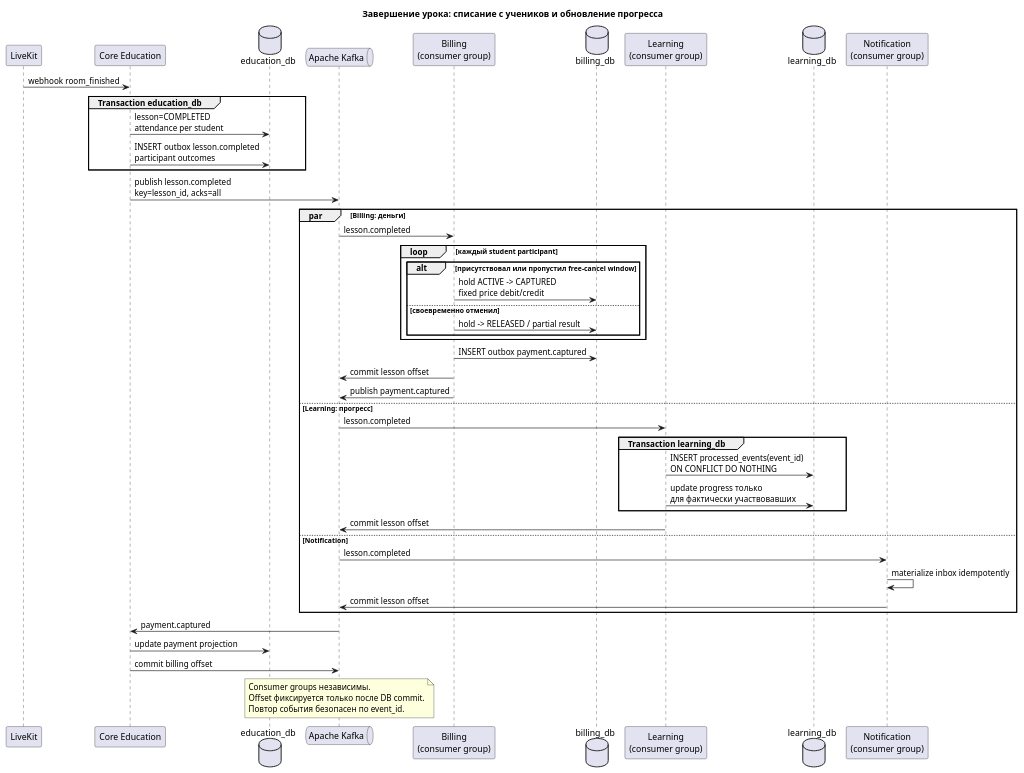
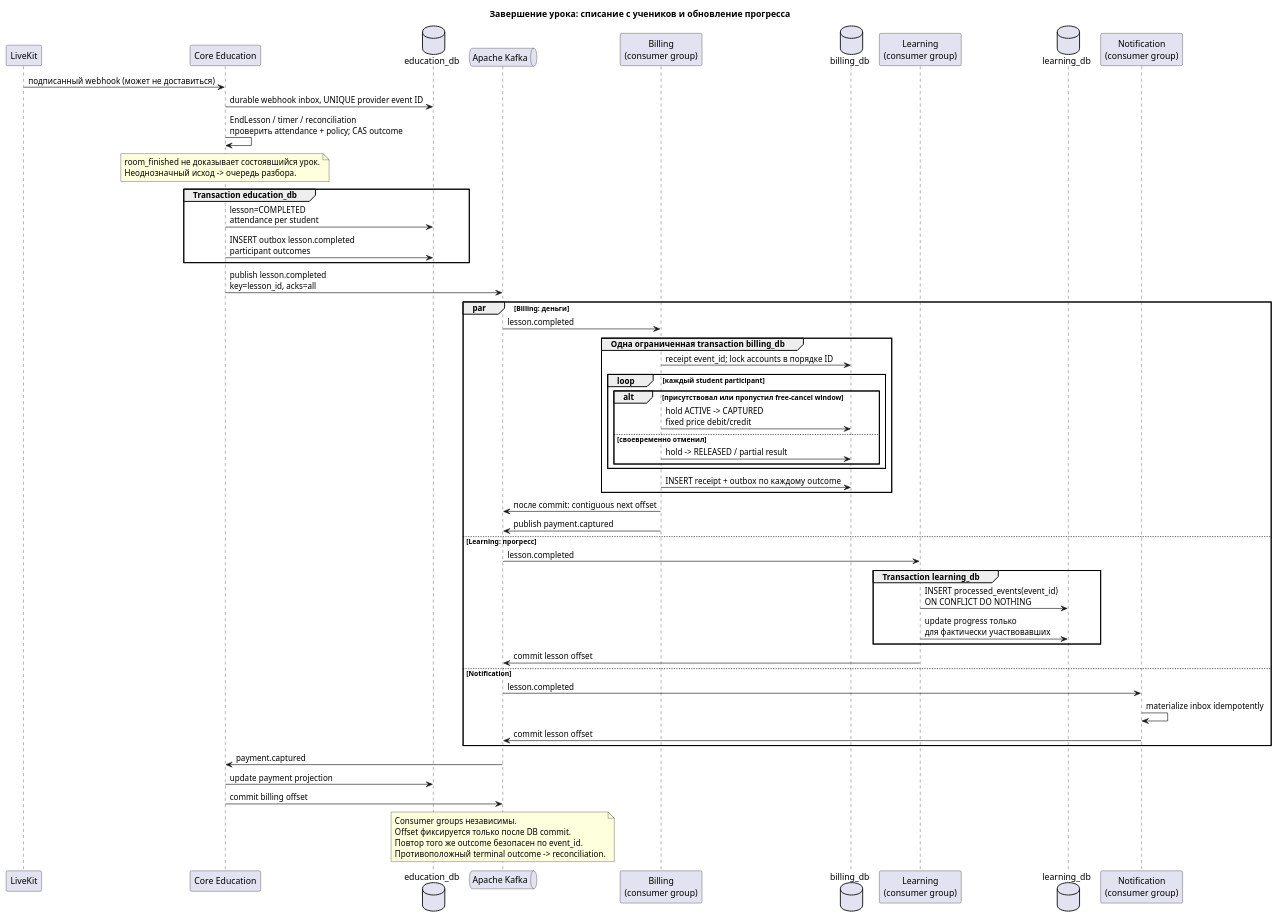
Before and after one commit to trajectory-platform/architeture: the diagram in Системный анализ/diagrams/sequence/lesson-completed-billing.puml, drawn with PlantUML. The commit also changed 65 other files, not shown here.

```diff
--- a/Системный анализ/diagrams/sequence/lesson-completed-billing.puml
+++ b/Системный анализ/diagrams/sequence/lesson-completed-billing.puml
@@ -1,55 +1,65 @@
 @startuml lesson-completed-billing
 title Завершение урока: списание с учеников и обновление прогресса
 
 participant "LiveKit" as lk
 participant "Core Education" as core
 database "education_db" as edb
 queue "Apache Kafka" as kafka
 participant "Billing\n(consumer group)" as billing
 database "billing_db" as bdb
 participant "Learning\n(consumer group)" as learning
 database "learning_db" as ldb
 participant "Notification\n(consumer group)" as notification
 
-lk -> core: webhook room_finished
+lk -> core: подписанный webhook (может не доставиться)
+core -> edb: durable webhook inbox, UNIQUE provider event ID
+core -> core: EndLesson / timer / reconciliation\nпроверить attendance + policy; CAS outcome
+note over core
+  room_finished не доказывает состоявшийся урок.
+  Неоднозначный исход -> очередь разбора.
+end note
 group Transaction education_db
   core -> edb: lesson=COMPLETED\nattendance per student
   core -> edb: INSERT outbox lesson.completed\nparticipant outcomes
 end
 core -> kafka: publish lesson.completed\nkey=lesson_id, acks=all
 
 par Billing: деньги
   kafka -> billing: lesson.completed
+  group Одна ограниченная transaction billing_db
+  billing -> bdb: receipt event_id; lock accounts в порядке ID
   loop каждый student participant
     alt присутствовал или пропустил free-cancel window
       billing -> bdb: hold ACTIVE -> CAPTURED\nfixed price debit/credit
     else своевременно отменил
       billing -> bdb: hold -> RELEASED / partial result
     end
   end
-  billing -> bdb: INSERT outbox payment.captured
-  billing -> kafka: commit lesson offset
+  billing -> bdb: INSERT receipt + outbox по каждому outcome
+  end
+  billing -> kafka: после commit: contiguous next offset
   billing -> kafka: publish payment.captured
 else Learning: прогресс
   kafka -> learning: lesson.completed
   group Transaction learning_db
     learning -> ldb: INSERT processed_events(event_id)\nON CONFLICT DO NOTHING
     learning -> ldb: update progress только\nдля фактически участвовавших
   end
   learning -> kafka: commit lesson offset
 else Notification
   kafka -> notification: lesson.completed
   notification -> notification: materialize inbox idempotently
   notification -> kafka: commit lesson offset
 end
 
 kafka -> core: payment.captured
 core -> edb: update payment projection
 core -> kafka: commit billing offset
 
 note over kafka
   Consumer groups независимы.
   Offset фиксируется только после DB commit.
-  Повтор события безопасен по event_id.
+  Повтор того же outcome безопасен по event_id.
+  Противоположный terminal outcome -> reconciliation.
 end note
 @enduml
```
